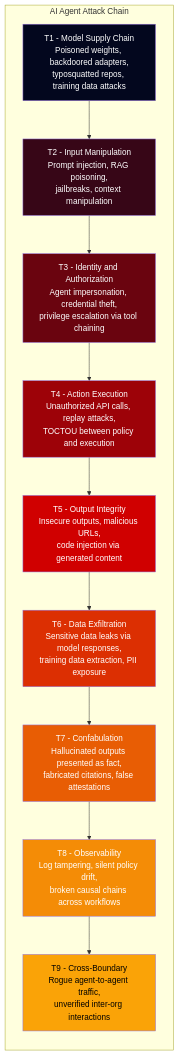
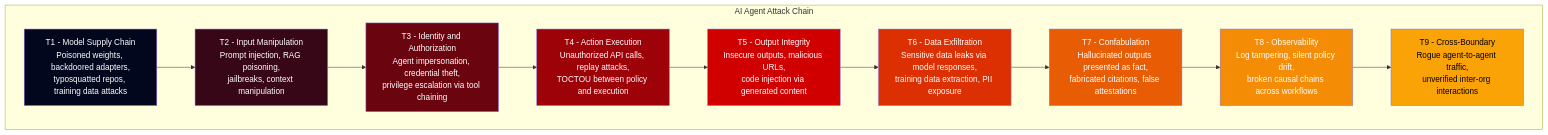
Before and after one commit to kjayashr/cryptographic-trust-layer: the second of 13 diagrams in cryptographic-trust-layer-thesis.md, drawn with Mermaid.

Commit message:
Make threat model attack chain diagram horizontal

````diff
--- a/cryptographic-trust-layer-thesis.md
+++ b/cryptographic-trust-layer-thesis.md
@@ -63,27 +63,27 @@
 ```mermaid
-graph TB
+graph LR
     subgraph "AI Agent Attack Chain"
-        direction TB
+        direction LR
         T1["T1 - Model Supply Chain<br/>Poisoned weights, backdoored adapters,<br/>typosquatted repos, training data attacks"]
         T2["T2 - Input Manipulation<br/>Prompt injection, RAG poisoning,<br/>jailbreaks, context manipulation"]
         T3["T3 - Identity and Authorization<br/>Agent impersonation, credential theft,<br/>privilege escalation via tool chaining"]
         T4["T4 - Action Execution<br/>Unauthorized API calls, replay attacks,<br/>TOCTOU between policy and execution"]
         T5["T5 - Output Integrity<br/>Insecure outputs, malicious URLs,<br/>code injection via generated content"]
         T6["T6 - Data Exfiltration<br/>Sensitive data leaks via model responses,<br/>training data extraction, PII exposure"]
         T7["T7 - Confabulation<br/>Hallucinated outputs presented as fact,<br/>fabricated citations, false attestations"]
         T8["T8 - Observability<br/>Log tampering, silent policy drift,<br/>broken causal chains across workflows"]
         T9["T9 - Cross-Boundary<br/>Rogue agent-to-agent traffic,<br/>unverified inter-org interactions"]
     end
 
     T1 --> T2 --> T3 --> T4 --> T5 --> T6 --> T7 --> T8 --> T9
 
     style T1 fill:#03071e,color:#fff
     style T2 fill:#370617,color:#fff
     style T3 fill:#6a040f,color:#fff
     style T4 fill:#9d0208,color:#fff
     style T5 fill:#d00000,color:#fff
     style T6 fill:#dc2f02,color:#fff
     style T7 fill:#e85d04,color:#fff
     style T8 fill:#f48c06,color:#fff
     style T9 fill:#faa307,color:#000
 ```
````
